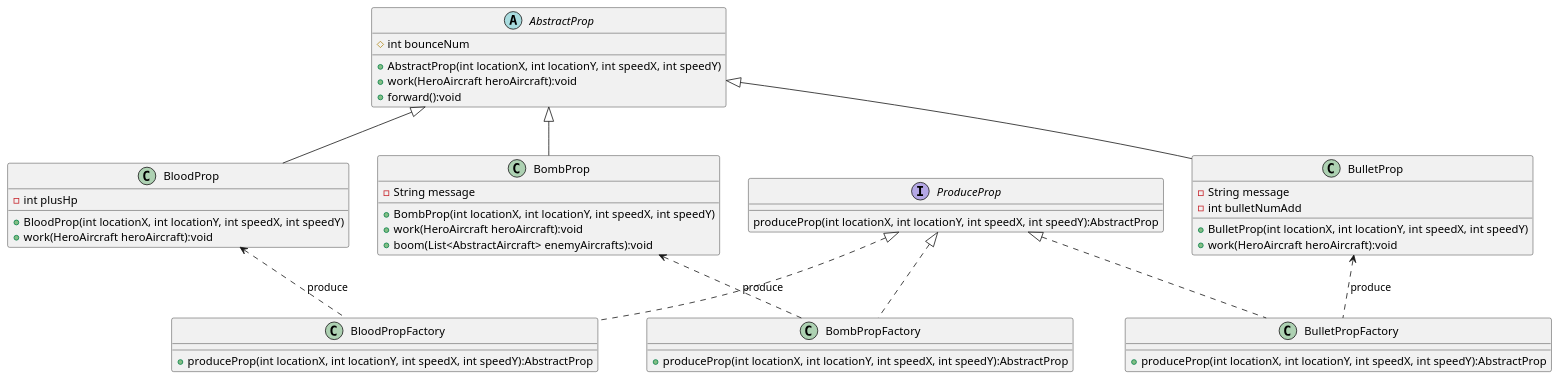
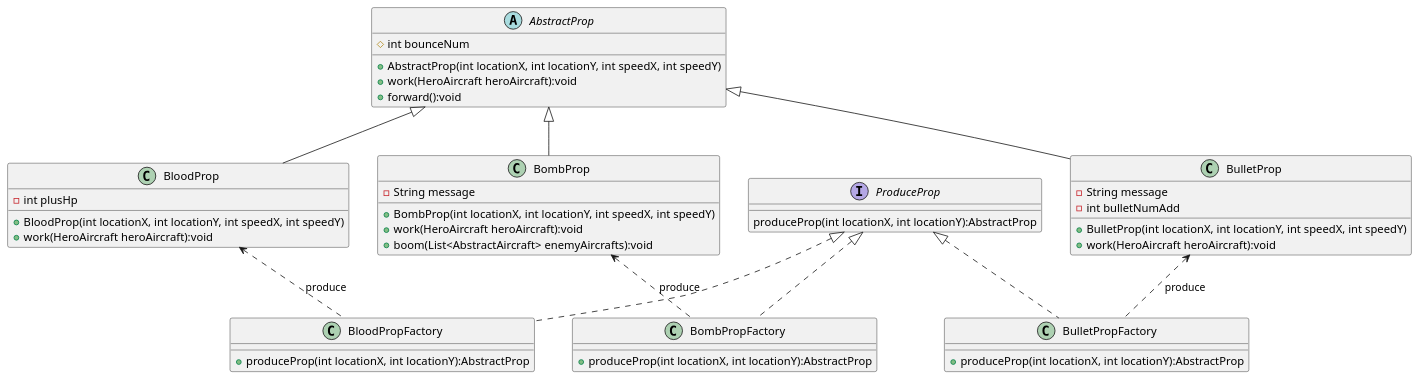
Before and after one commit to KKjimmie/AircraftWar: the diagram in uml/PropFactory.puml, drawn with PlantUML. The commit also changed 55 other files, not shown here.

```diff
--- a/uml/PropFactory.puml
+++ b/uml/PropFactory.puml
@@ -1,60 +1,60 @@
 @startuml
 'https://plantuml.com/class-diagram
 
 abstract class AbstractProp
 {
     # int bounceNum
     + AbstractProp(int locationX, int locationY, int speedX, int speedY)
     + work(HeroAircraft heroAircraft):void
     + forward():void
 }
 
 class BloodProp {
     - int plusHp
     + BloodProp(int locationX, int locationY, int speedX, int speedY)
     + work(HeroAircraft heroAircraft):void
 }
 
 class BombProp {
     - String message
     + BombProp(int locationX, int locationY, int speedX, int speedY)
     + work(HeroAircraft heroAircraft):void
     + boom(List<AbstractAircraft> enemyAircrafts):void
 }
 
 class BulletProp{
     - String message
     - int bulletNumAdd
     + BulletProp(int locationX, int locationY, int speedX, int speedY)
     + work(HeroAircraft heroAircraft):void
 }
 
 interface ProduceProp{
-    produceProp(int locationX, int locationY, int speedX, int speedY):AbstractProp
+    produceProp(int locationX, int locationY):AbstractProp
 }
 
 class BloodPropFactory{
-    + produceProp(int locationX, int locationY, int speedX, int speedY):AbstractProp
+    + produceProp(int locationX, int locationY):AbstractProp
 }
 
 class BombPropFactory{
-    + produceProp(int locationX, int locationY, int speedX, int speedY):AbstractProp
+    + produceProp(int locationX, int locationY):AbstractProp
 }
 
 class BulletPropFactory{
-    + produceProp(int locationX, int locationY, int speedX, int speedY):AbstractProp
+    + produceProp(int locationX, int locationY):AbstractProp
 }
 
 AbstractProp <|-- BloodProp
 AbstractProp <|-- BombProp
 AbstractProp <|-- BulletProp
 
 ProduceProp <|.. BloodPropFactory
 ProduceProp <|.. BombPropFactory
 ProduceProp <|.. BulletPropFactory
 
 
 BloodProp <.. BloodPropFactory : produce
 BombProp <.. BombPropFactory : produce
 BulletProp <.. BulletPropFactory : produce
 @enduml
```
